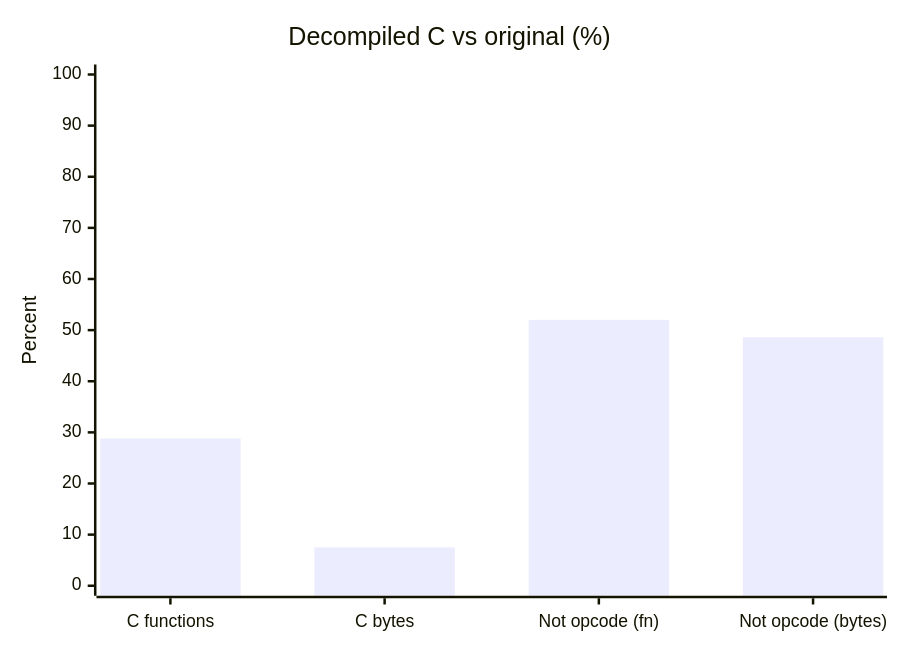
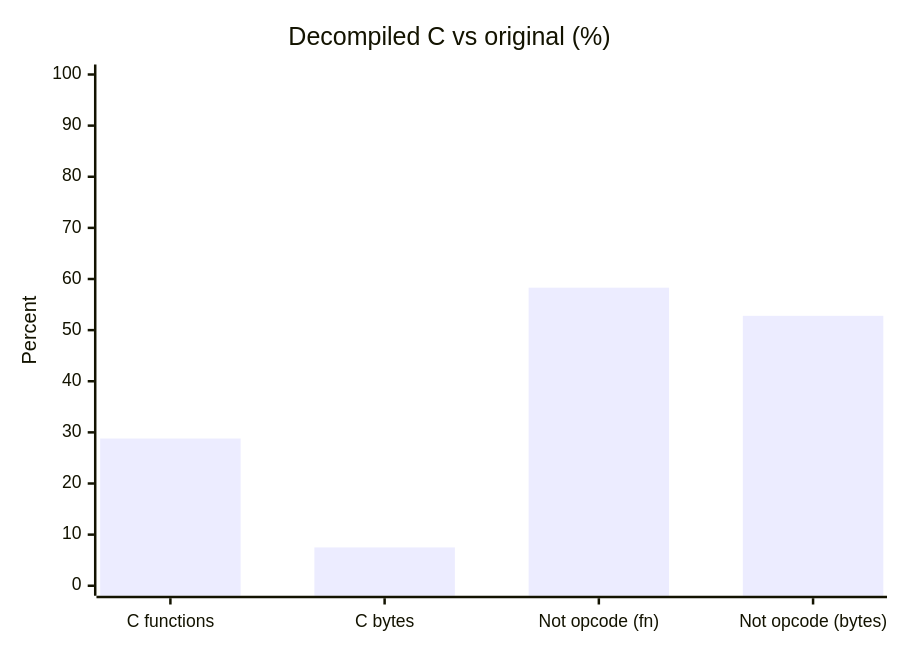
Before and after one commit to JesterWizard/beyblade_g_revolution: the diagram in README.md, drawn with Mermaid. The commit also changed other lines of this file and 45 other files, not shown here.

````diff
--- a/README.md
+++ b/README.md
@@ -19,7 +19,7 @@
 ```mermaid
 xychart-beta
     title "Decompiled C vs original (%)"
     x-axis ["C functions", "C bytes", "Not opcode (fn)", "Not opcode (bytes)"]
     y-axis "Percent" 0 --> 100
-    bar [28.8, 7.5, 52.0, 48.6]
+    bar [28.8, 7.5, 58.3, 52.8]
 ```
````
